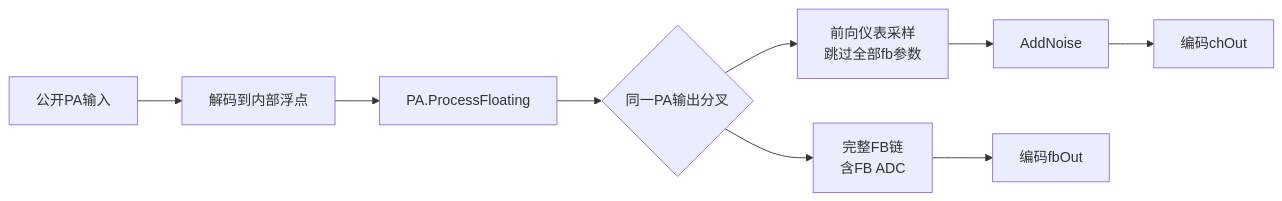
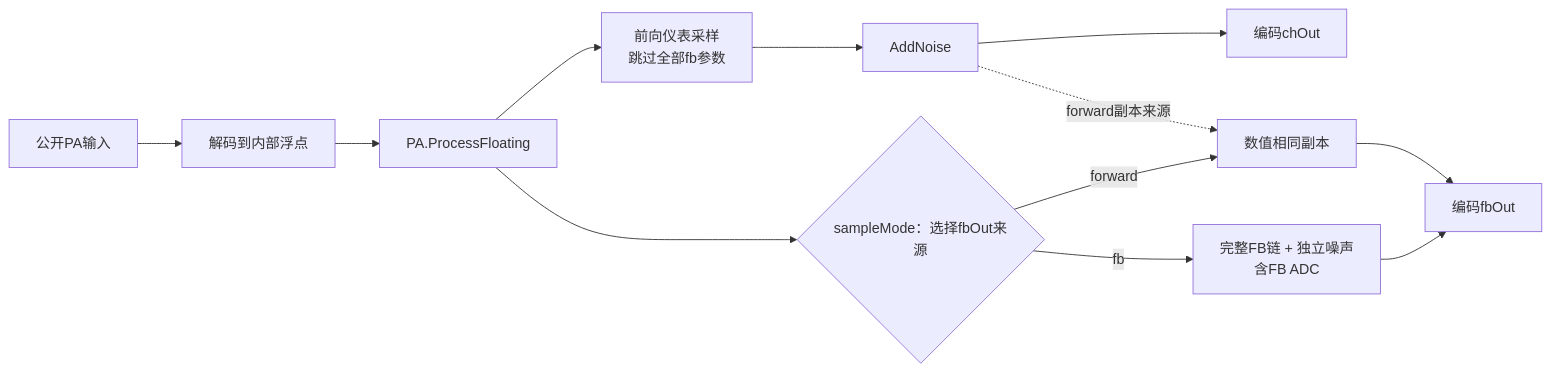
The seventh of 9 diagrams in doc/Channel.md (niyilu45/DPD_ILC), drawn with Mermaid before and after one commit. The commit also changed other lines of this file and 16 other files, not shown here.

Commit message:
Align forward channel and feedback outputs

````diff
--- a/doc/Channel.md
+++ b/doc/Channel.md
@@ -2000,11 +2016,14 @@
 ```mermaid
 flowchart LR
     publicInput["公开PA输入"] --> decode["解码到内部浮点"]
     decode --> pa["PA.ProcessFloating"]
-    pa --> branch{"同一PA输出分叉"}
-    branch --> forward["前向仪表采样<br/>跳过全部fb参数"]
-    branch --> feedback["完整FB链<br/>含FB ADC"]
+    pa --> forward["前向仪表采样<br/>跳过全部fb参数"]
     forward --> noise["AddNoise"]
     noise --> encodeCh["编码chOut"]
-    feedback --> encodeFb["编码fbOut"]
+    pa --> sampleMode{"sampleMode：选择fbOut来源"}
+    sampleMode -->|forward| copy["数值相同副本"]
+    sampleMode -->|fb| feedback["完整FB链 + 独立噪声<br/>含FB ADC"]
+    noise -. "forward副本来源" .-> copy
+    copy --> encodeFb["编码fbOut"]
+    feedback --> encodeFb
 ```
````
